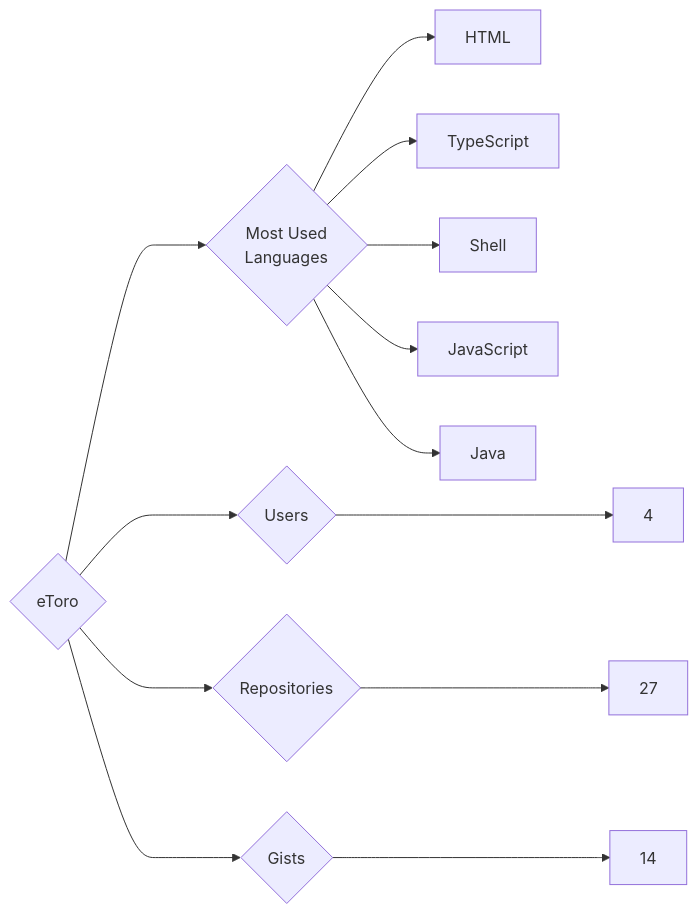
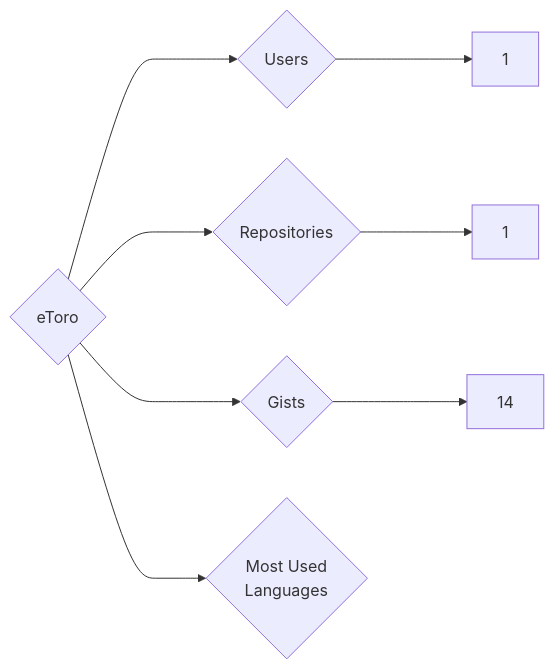
Before and after one commit to trickest/insiders: the diagram in targets/eToro/README.md, drawn with Mermaid. The commit also changed 865 other files, not shown here.

````diff
--- a/targets/eToro/README.md
+++ b/targets/eToro/README.md
@@ -3,13 +3,8 @@
 ```mermaid
 graph LR
 COMPANY_NAME{eToro}
-COMPANY_NAME ---> U{Users} ---> UN[4]
-COMPANY_NAME ---> R{Repositories} ---> RN[27]
+COMPANY_NAME ---> U{Users} ---> UN[1]
+COMPANY_NAME ---> R{Repositories} ---> RN[1]
 COMPANY_NAME ---> G{Gists} ---> GN[14]
 COMPANY_NAME ---> ML{Most Used<br>Languages}
-ML --> HTML[HTML]
-ML --> TypeScript[TypeScript]
-ML --> Shell[Shell]
-ML --> JavaScript[JavaScript]
-ML --> Java[Java]
 ```
````
